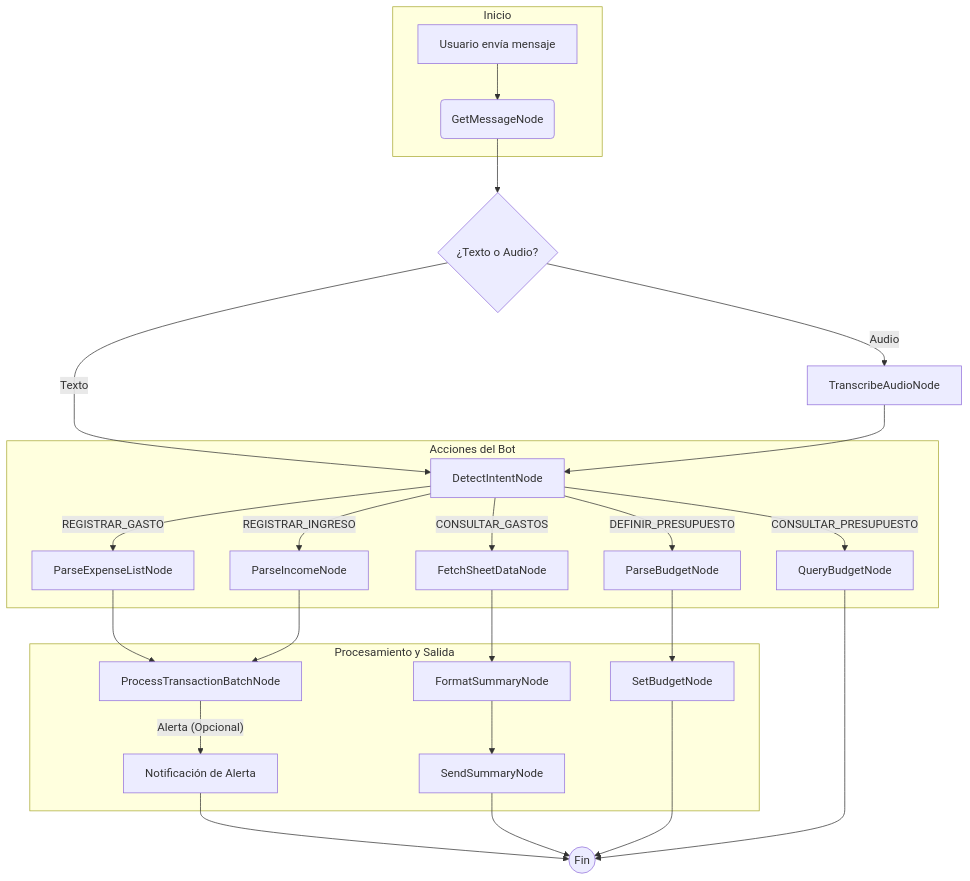
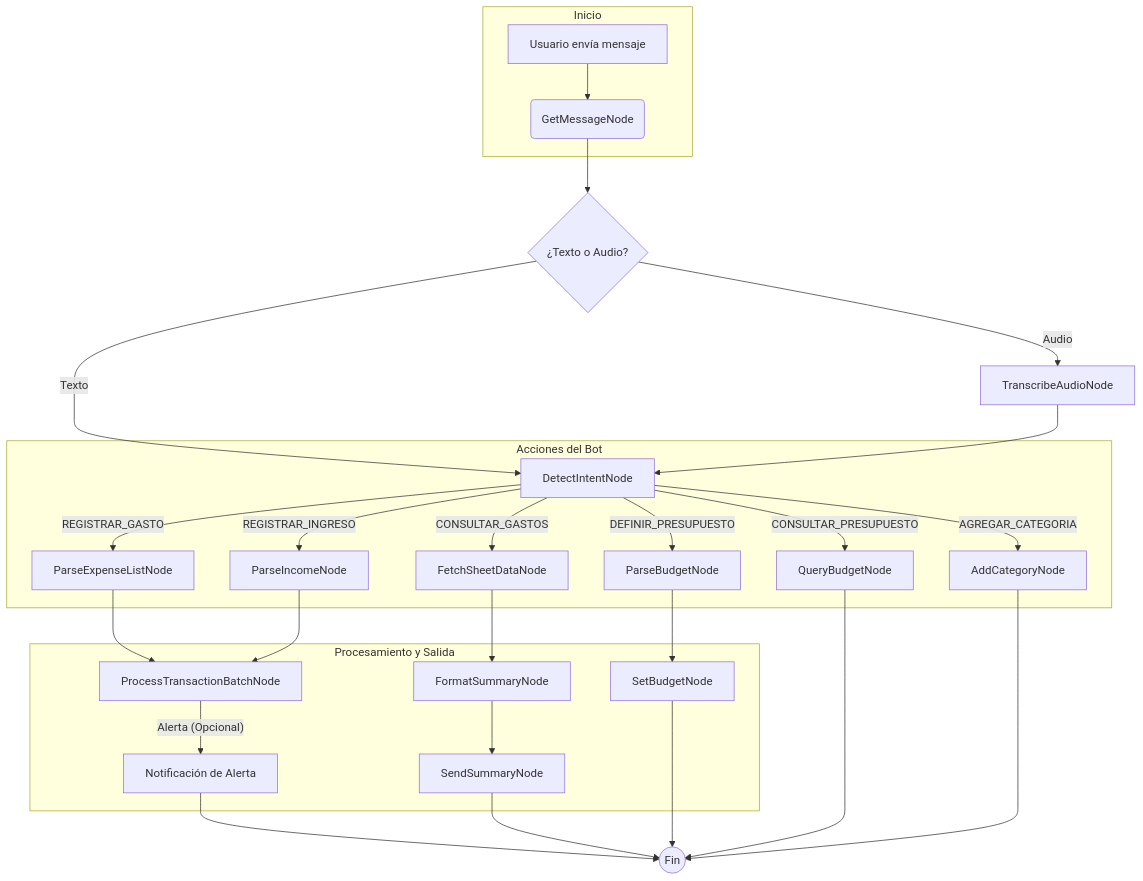
One commit to Juanchoalric/flux changed the diagram in README.md. Above: the diagram before and after it, drawn with Mermaid. The commit also changed other lines of this file and 4 other files, not shown here.

````diff
--- a/README.md
+++ b/README.md
@@ -31,33 +32,35 @@
 ```mermaid
 flowchart TD
     subgraph "Inicio"
         A[Usuario envía mensaje] --> B(GetMessageNode);
     end
 
     B --> C{¿Texto o Audio?};
     C -- Texto --> E[DetectIntentNode];
     C -- Audio --> D[TranscribeAudioNode];
     D --> E;
 
     subgraph "Acciones del Bot"
         E -- REGISTRAR_GASTO --> F[ParseExpenseListNode];
         E -- REGISTRAR_INGRESO --> G[ParseIncomeNode];
         E -- CONSULTAR_GASTOS --> H[FetchSheetDataNode];
         E -- DEFINIR_PRESUPUESTO --> I[ParseBudgetNode];
         E -- CONSULTAR_PRESUPUESTO --> J[QueryBudgetNode];
+        E -- AGREGAR_CATEGORIA --> Q[AddCategoryNode];
     end
 
     F --> K[ProcessTransactionBatchNode];
     G --> K;
     
     subgraph "Procesamiento y Salida"
         K -- Alerta (Opcional) --> L[Notificación de Alerta];
         H --> M[FormatSummaryNode] --> N[SendSummaryNode];
         I --> O[SetBudgetNode];
     end
     
     L --> P((Fin));
     N --> P;
     O --> P;
     J --> P;
+    Q --> P;
 ```
````
